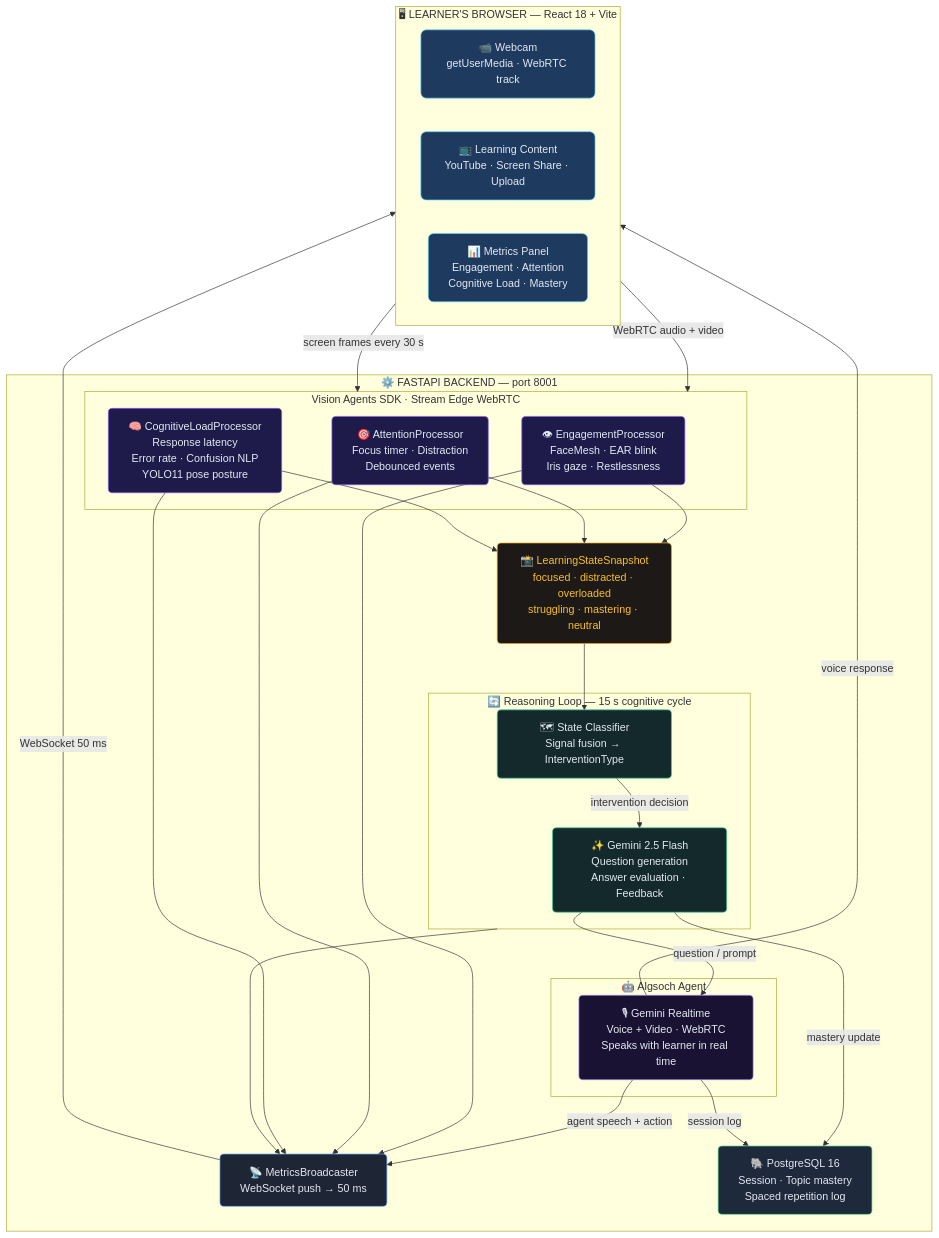
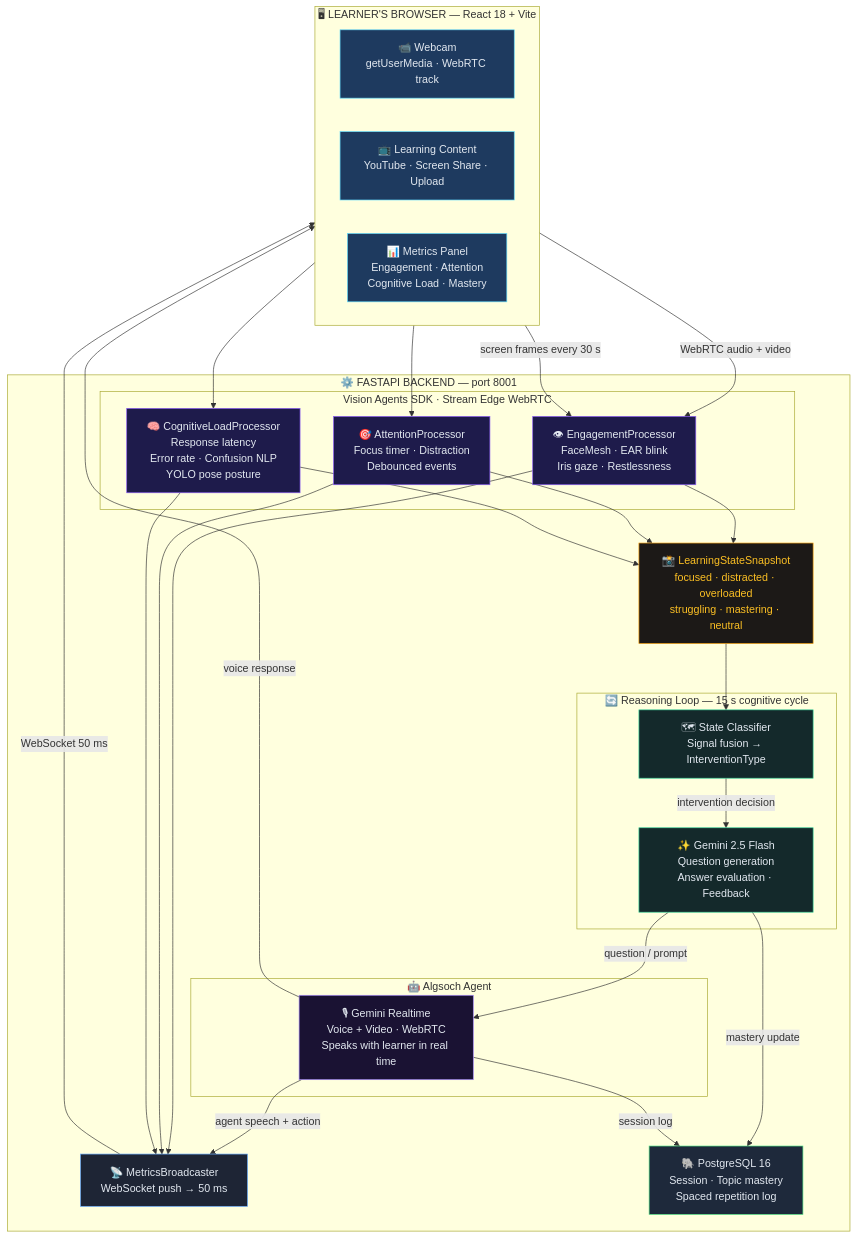
Before and after one commit to algsoch/Cognivise: the diagram in README.md, drawn with Mermaid. The commit also changed 6 other files, not shown here.

Commit message:
fix: user name in all messages, 2-min periodic questions, Gemini rate limiting + cache, natural speech, no duplicate greeting, varied fallback questions

````diff
--- a/README.md
+++ b/README.md
@@ -84,74 +84,81 @@
 ```mermaid
 flowchart TD
     %% ─── BROWSER LAYER ───────────────────────────────────────────
-    subgraph BROWSER["🖥  LEARNER'S BROWSER  —  React 18 + Vite"]
+    subgraph BROWSER["🖥  LEARNER'S BROWSER — React 18 + Vite"]
         direction LR
         CAM["📹 Webcam\ngetUserMedia · WebRTC track"]
         CONTENT["📺 Learning Content\nYouTube · Screen Share · Upload"]
         PANEL["📊 Metrics Panel\nEngagement · Attention\nCognitive Load · Mastery"]
     end
 
     %% ─── BACKEND + VISION AGENTS SDK ────────────────────────────
-    subgraph BACKEND["⚙️  FASTAPI BACKEND  —  port 8001"]
-        subgraph VADK["Vision Agents SDK  ·  Stream Edge WebRTC"]
+    subgraph BACKEND["⚙️ FASTAPI BACKEND — port 8001"]
+
+        subgraph VADK["Vision Agents SDK · Stream Edge WebRTC"]
             EP["👁 EngagementProcessor\nFaceMesh · EAR blink\nIris gaze · Restlessness"]
             AP["🎯 AttentionProcessor\nFocus timer · Distraction\nDebounced events"]
-            CP["🧠 CognitiveLoadProcessor\nResponse latency\nError rate · Confusion NLP\nYOLO11 pose posture"]
+            CP["🧠 CognitiveLoadProcessor\nResponse latency\nError rate · Confusion NLP\nYOLO pose posture"]
         end
 
         SNAP["📸 LearningStateSnapshot\nfocused · distracted · overloaded\nstruggling · mastering · neutral"]
 
-        subgraph LOOP["🔄  Reasoning Loop  —  15 s cognitive cycle"]
+        subgraph LOOP["🔄 Reasoning Loop — 15 s cognitive cycle"]
             STATE["🗺 State Classifier\nSignal fusion → InterventionType"]
             GF["✨ Gemini 2.5 Flash\nQuestion generation\nAnswer evaluation · Feedback"]
         end
 
-        subgraph AGENTBOX["🤖  Algsoch Agent"]
+        subgraph AGENTBOX["🤖 Algsoch Agent"]
             GR["🎙 Gemini Realtime\nVoice + Video · WebRTC\nSpeaks with learner in real time"]
         end
 
         BC["📡 MetricsBroadcaster\nWebSocket push → 50 ms"]
         PG["🐘 PostgreSQL 16\nSession · Topic mastery\nSpaced repetition log"]
+
     end
 
     %% ─── CONNECTIONS ────────────────────────────────────────────
-    CAM      -->|"WebRTC audio + video"| VADK
-    CONTENT  -->|"screen frames every 30 s"| VADK
+
+    CAM -->|"WebRTC audio + video"| EP
+    CAM --> AP
+    CAM --> CP
+
+    CONTENT -->|"screen frames every 30 s"| EP
 
     EP --> SNAP
     AP --> SNAP
     CP --> SNAP
 
     SNAP --> STATE
     STATE -->|"intervention decision"| GF
-    GF    -->|"question / prompt"| GR
+    GF -->|"question / prompt"| GR
 
-    GR    -->|"voice response"| CAM
-    GR    -->|"agent speech + action"| BC
-    GF    -->|"mastery update"| PG
-    GR    -->|"session log"| PG
+    GR -->|"voice response"| CAM
+    GR -->|"agent speech + action"| BC
+
+    GF -->|"mastery update"| PG
+    GR -->|"session log"| PG
 
     EP --> BC
     AP --> BC
     CP --> BC
-    LOOP --> BC
 
     BC -->|"WebSocket 50 ms"| PANEL
 
     %% ─── STYLES ─────────────────────────────────────────────────
-    classDef browser  fill:#1e3a5f,stroke:#61DAFB,color:#e2e8f0,rx:8
-    classDef proc     fill:#1e1b4b,stroke:#8b5cf6,color:#e2e8f0,rx:6
-    classDef snap     fill:#1c1917,stroke:#f59e0b,color:#fbbf24,rx:6
-    classDef loop     fill:#14292b,stroke:#34d399,color:#e2e8f0,rx:6
-    classDef agent    fill:#1a1233,stroke:#a78bfa,color:#e2e8f0,rx:6
-    classDef infra    fill:#1e2535,stroke:#60a5fa,color:#e2e8f0,rx:6
-    classDef db       fill:#1e293b,stroke:#4ade80,color:#e2e8f0,rx:6
+
+    classDef browser fill:#1e3a5f,stroke:#61DAFB,color:#e2e8f0
+    classDef proc fill:#1e1b4b,stroke:#8b5cf6,color:#e2e8f0
+    classDef snap fill:#1c1917,stroke:#f59e0b,color:#fbbf24
+    classDef loop fill:#14292b,stroke:#34d399,color:#e2e8f0
+    classDef agent fill:#1a1233,stroke:#a78bfa,color:#e2e8f0
+    classDef infra fill:#1e2535,stroke:#60a5fa,color:#e2e8f0
+    classDef db fill:#1e293b,stroke:#4ade80,color:#e2e8f0
 
     class CAM,CONTENT,PANEL browser
     class EP,AP,CP proc
     class SNAP snap
     class STATE,GF loop
     class GR agent
     class BC infra
     class PG db
 ```
````
